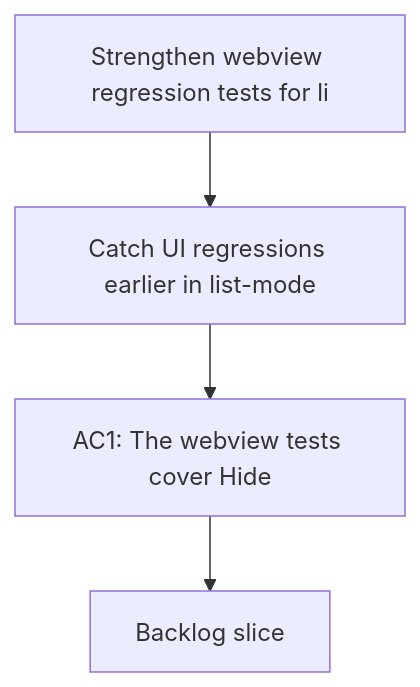
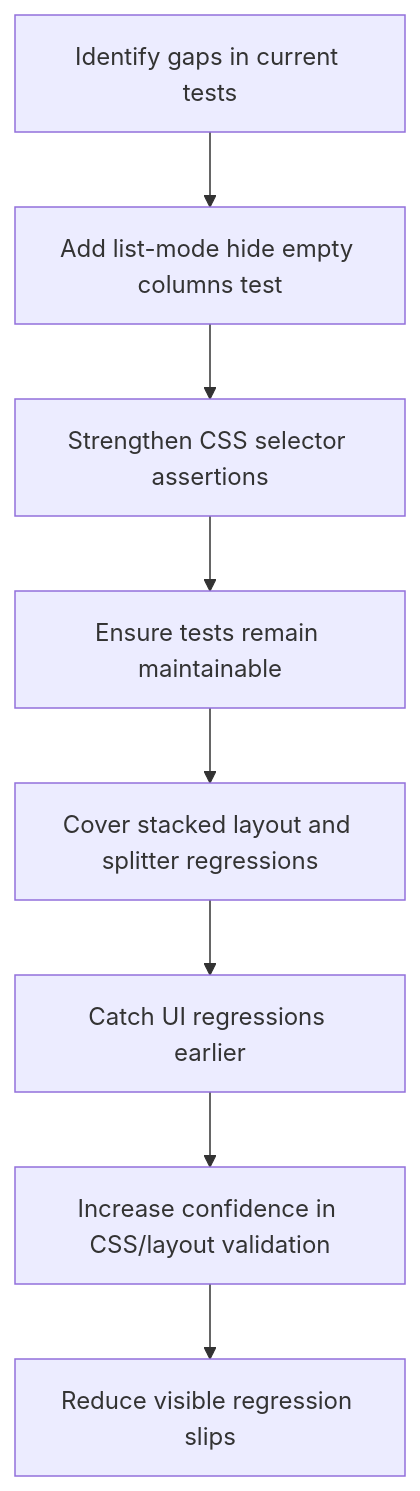
Before and after one commit to AlexAgo83/logics-manager: the diagram in logics/request/req_048_strengthen_webview_regression_tests_for_list_filters_and_layout_css.md, drawn with Mermaid. The commit also changed other lines of this file and 54 other files, not shown here.

````diff
--- a/logics/request/req_048_strengthen_webview_regression_tests_for_list_filters_and_layout_css.md
+++ b/logics/request/req_048_strengthen_webview_regression_tests_for_list_filters_and_layout_css.md
@@ -10,8 +10,12 @@
 ```mermaid
 %% logics-kind: request
 %% logics-signature: request|strengthen-webview-regression-tests-for-|catch-ui-regressions-earlier-in-list-mod|ac1-the-webview-tests-cover-hide
 flowchart TD
-    Trigger[Strengthen webview regression tests for li] --> Need[Catch UI regressions earlier in list-mode]
-    Need --> Outcome[AC1: The webview tests cover Hide]
-    Outcome --> Backlog[Backlog slice]
+  A[Identify gaps in current tests] --> B[Add list-mode hide empty columns test]
+  B --> C[Strengthen CSS selector assertions]
+  C --> D[Ensure tests remain maintainable]
+  D --> E[Cover stacked layout and splitter regressions]
+  E --> F[Catch UI regressions earlier]
+  F --> G[Increase confidence in CSS/layout validation]
+  G --> H[Reduce visible regression slips]
 ```
````
